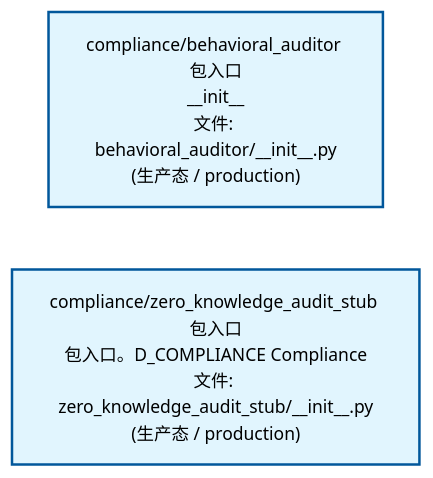
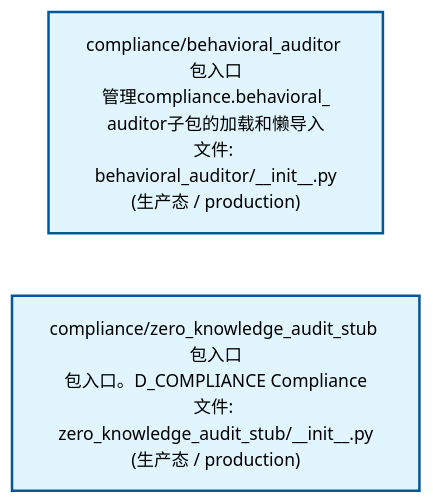
One commit to xuanFelixVan/ZephyrAlpha changed the second of 4 diagrams in docs/02_enterprise_architecture/02_domain_architecture_docs/38_d_compliance.md. Above: the diagram before and after it, drawn with Mermaid. The commit also changed other lines of this file and 62 other files, not shown here.

````diff
--- a/docs/02_enterprise_architecture/02_domain_architecture_docs/38_d_compliance.md
+++ b/docs/02_enterprise_architecture/02_domain_architecture_docs/38_d_compliance.md
@@ -92,12 +92,12 @@
 ```mermaid
 %%{init: {'theme': 'base', 'themeVariables': {'primaryColor': '#eaeaea', 'primaryTextColor': '#333333', 'primaryBorderColor': '#666666', 'lineColor': '#666666', 'secondaryColor': '#eaeaea', 'tertiaryColor': '#eaeaea', 'fontSize': '14px'}}}%%
 flowchart TD
-    src_zephyr_compliance_behavioral_auditor_init_py["compliance/behavioral_auditor 包入口<br/>__init__<br/>文件: behavioral_auditor/__init__.py<br/>(生产态 / production)"]
+    src_zephyr_compliance_behavioral_auditor_init_py["compliance/behavioral_auditor 包入口<br/>管理compliance.behavioral_<br/>auditor子包的加载和懒导入<br/>文件: behavioral_auditor/__init__.py<br/>(生产态 / production)"]
     src_zephyr_compliance_zero_knowledge_audit_stub_init_py["compliance/zero_knowledge_audit_stub 包入口<br/>包入口。D_COMPLIANCE Compliance<br/>文件: zero_knowledge_audit_stub/__init__.py<br/>(生产态 / production)"]
     src_zephyr_compliance_behavioral_auditor_init_py ~~~ src_zephyr_compliance_zero_knowledge_audit_stub_init_py
     classDef production fill:#e1f5fe,stroke:#01579b,stroke-width:2px,color:#000
     classDef design fill:#fff3e0,stroke:#e65100,stroke-width:2px,color:#000,stroke-dasharray: 5 5
     classDef external_prod fill:#e8f4fd,stroke:#0277bd,stroke-width:1px,color:#000
     classDef external_design fill:#fff8e7,stroke:#ef6c00,stroke-width:1px,color:#000,stroke-dasharray: 5 5
     class src_zephyr_compliance_behavioral_auditor_init_py,src_zephyr_compliance_zero_knowledge_audit_stub_init_py production
 ```
````
